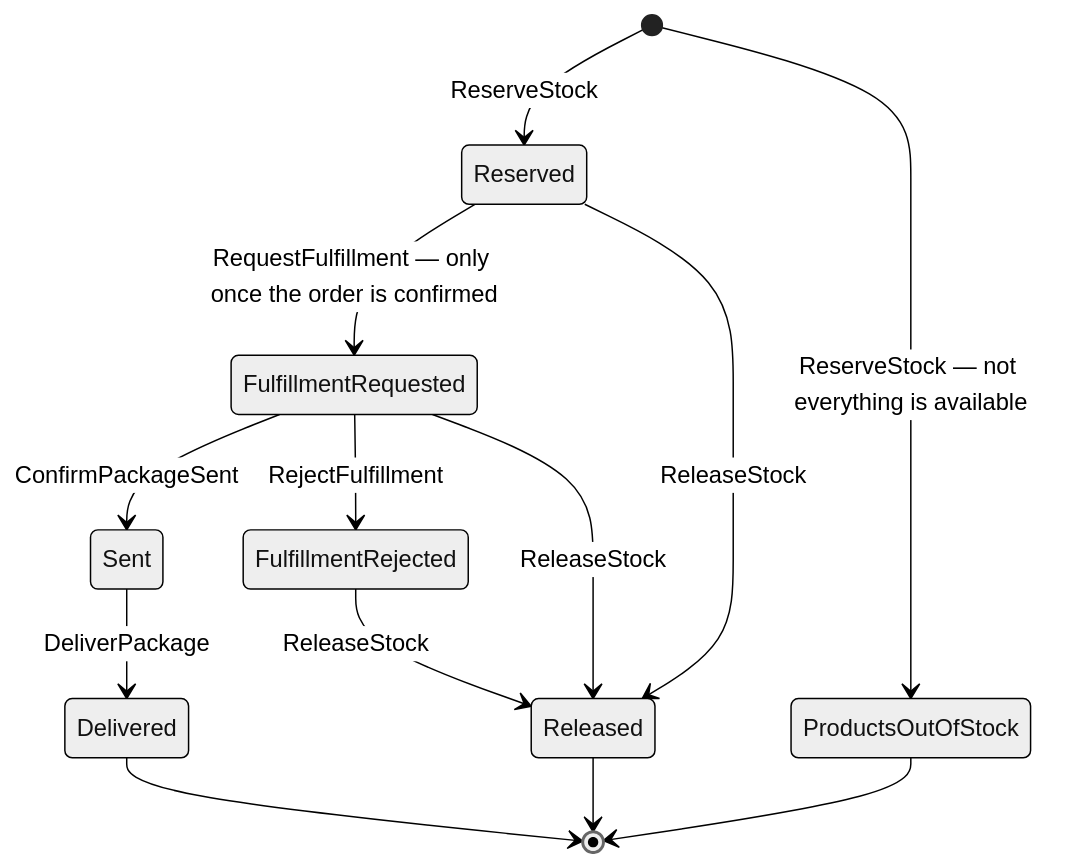
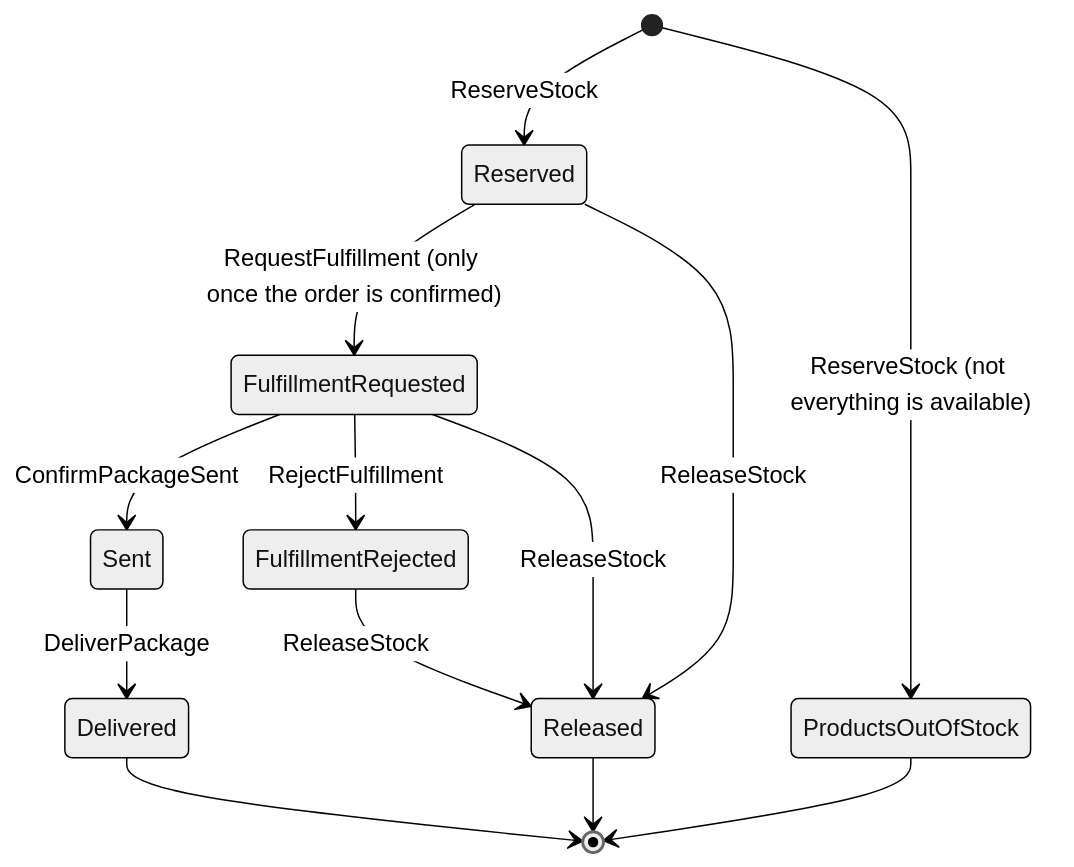
One commit to oskardudycz/EventSourcing.JVM changed the second of 5 diagrams in samples/distributed-processes/README.md. Above: the diagram before and after it, drawn with Mermaid (neutral theme). The commit also changed other lines of this file and 257 other files, not shown here.

````diff
--- a/samples/distributed-processes/README.md
+++ b/samples/distributed-processes/README.md
@@ -253,15 +268,15 @@
 ```mermaid
 stateDiagram-v2
     [*] --> Reserved: ReserveStock
-    [*] --> ProductsOutOfStock: ReserveStock — not everything is available
-    Reserved --> FulfillmentRequested: RequestFulfillment — only once the order is confirmed
+    [*] --> ProductsOutOfStock: ReserveStock (not everything is available)
+    Reserved --> FulfillmentRequested: RequestFulfillment (only once the order is confirmed)
     Reserved --> Released: ReleaseStock
     FulfillmentRequested --> Sent: ConfirmPackageSent
     FulfillmentRequested --> FulfillmentRejected: RejectFulfillment
     FulfillmentRequested --> Released: ReleaseStock
     FulfillmentRejected --> Released: ReleaseStock
     Sent --> Delivered: DeliverPackage
     Delivered --> [*]
     Released --> [*]
     ProductsOutOfStock --> [*]
 ```
````
